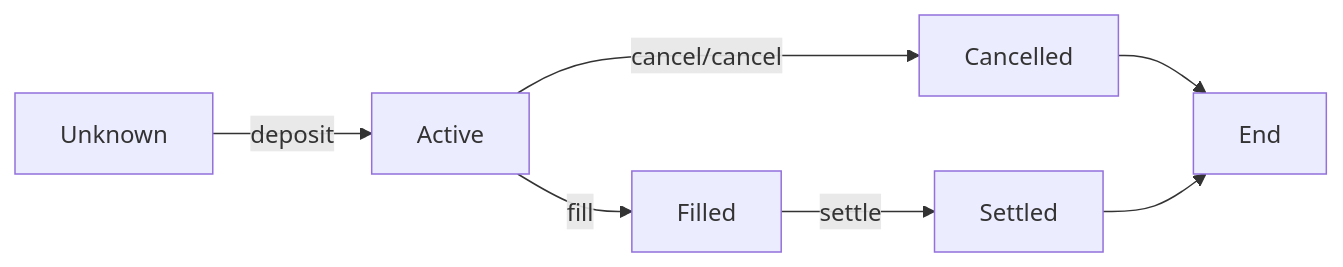
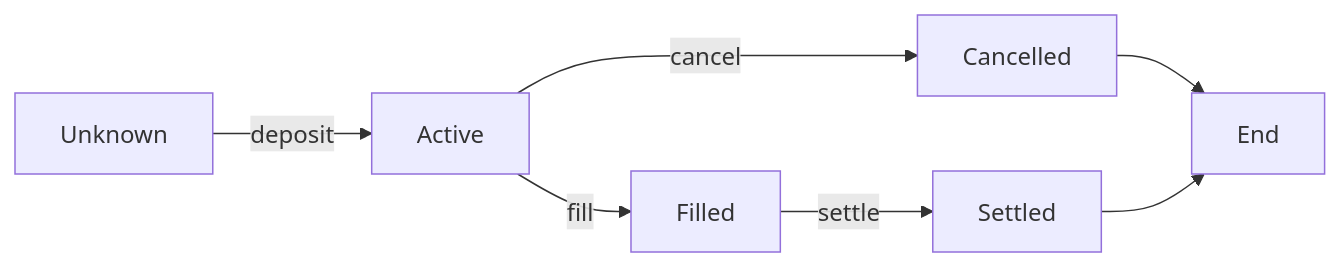
The second of 3 diagrams in README.md (aori-io/aori), drawn with Mermaid before and after one commit. The commit also changed other lines of this file, not shown here.

````diff
--- a/README.md
+++ b/README.md
@@ -58,9 +60,9 @@
 ```mermaid
 flowchart LR
     Unknown -->|deposit| Active
     Active -->|fill| Filled
-    Active -->|cancel/cancel| Cancelled
+    Active -->|cancel| Cancelled
     Filled -->|settle| Settled
     Cancelled --> End
     Settled --> End
 ```
````
